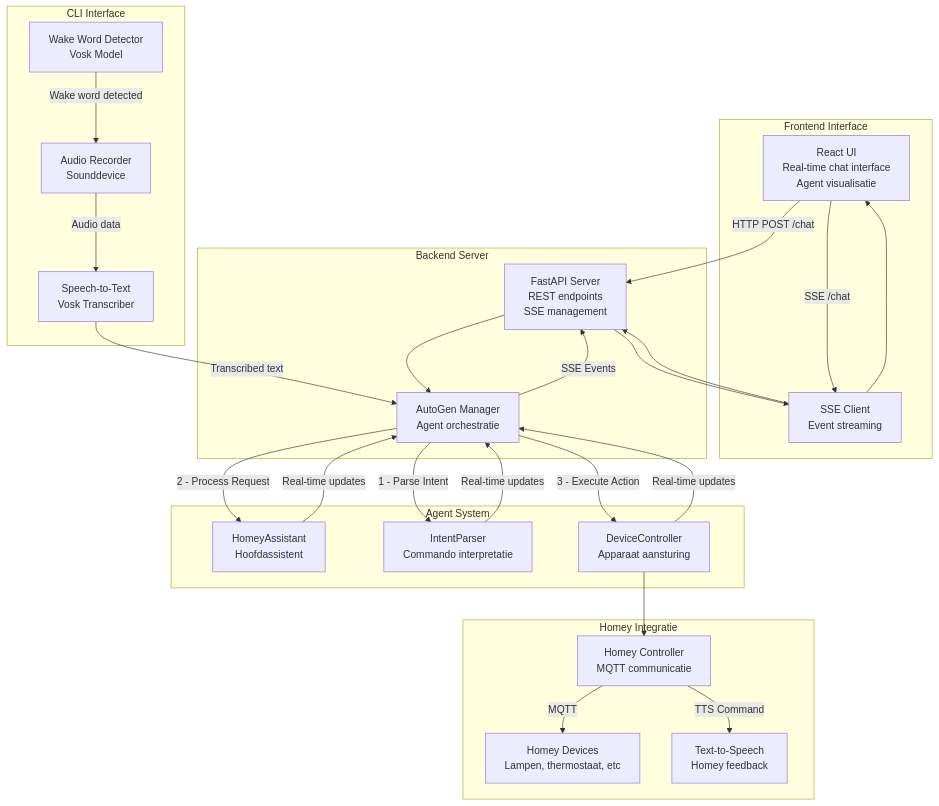
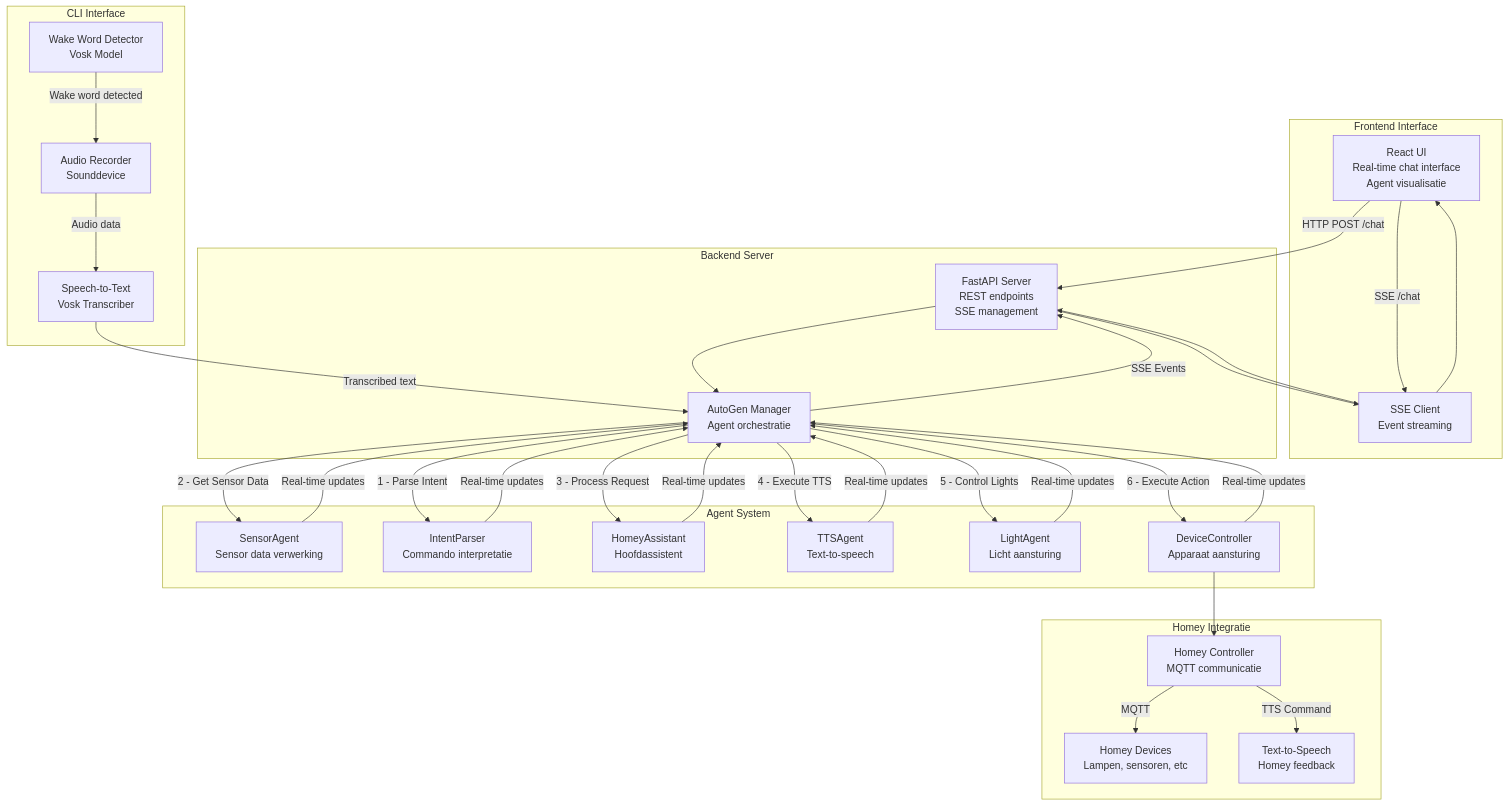
One commit to ramonankersmit/homeymind changed the diagram in README.md. Above: the diagram before and after it, drawn with Mermaid. The commit also changed other lines of this file and 19 other files, not shown here.

Commit message:
Update test files to match new agent implementations with structured data flow and improved error handling

````diff
--- a/README.md
+++ b/README.md
@@ -244,59 +247,68 @@
 ```mermaid
 graph TD
     subgraph Frontend["Frontend Interface"]
         UI["React UI<br>Real-time chat interface<br>Agent visualisatie"]
         SSE["SSE Client<br>Event streaming"]
     end
 
     subgraph CLI["CLI Interface"]
         WW["Wake Word Detector<br>Vosk Model"]
         REC["Audio Recorder<br>Sounddevice"]
         STT["Speech-to-Text<br>Vosk Transcriber"]
     end
 
     subgraph Backend["Backend Server"]
         API["FastAPI Server<br>REST endpoints<br>SSE management"]
         AGM["AutoGen Manager<br>Agent orchestratie"]
     end
 
     subgraph Agents["Agent System"]
+        SA["SensorAgent<br>Sensor data verwerking"]
+        IP["IntentParser<br>Commando interpretatie"]
         HA["HomeyAssistant<br>Hoofdassistent"]
-        IP["IntentParser<br>Commando interpretatie"]
+        TA["TTSAgent<br>Text-to-speech"]
+        LA["LightAgent<br>Licht aansturing"]
         DC["DeviceController<br>Apparaat aansturing"]
     end
 
     subgraph Homey["Homey Integratie"]
         HC["Homey Controller<br>MQTT communicatie"]
-        Devices["Homey Devices<br>Lampen, thermostaat, etc"]
+        Devices["Homey Devices<br>Lampen, sensoren, etc"]
         TTS["Text-to-Speech<br>Homey feedback"]
     end
 
     %% Web Interface Flow
     UI --> |HTTP POST /chat| API
     UI --> |SSE /chat| SSE
     SSE --> API
 
     %% CLI Voice Flow
     WW --> |Wake word detected| REC
     REC --> |Audio data| STT
     STT --> |Transcribed text| AGM
 
     %% Agent Flow
     API --> AGM
     AGM --> |1 - Parse Intent| IP
-    AGM --> |2 - Process Request| HA
-    AGM --> |3 - Execute Action| DC
+    AGM --> |2 - Get Sensor Data| SA
+    AGM --> |3 - Process Request| HA
+    AGM --> |4 - Execute TTS| TA
+    AGM --> |5 - Control Lights| LA
+    AGM --> |6 - Execute Action| DC
 
     %% Homey Integration
     DC --> HC
     HC --> |MQTT| Devices
     HC --> |TTS Command| TTS
 
     %% Real-time Updates
     IP --> |Real-time updates| AGM
+    SA --> |Real-time updates| AGM
     HA --> |Real-time updates| AGM
+    TA --> |Real-time updates| AGM
+    LA --> |Real-time updates| AGM
     DC --> |Real-time updates| AGM
     AGM --> |SSE Events| API
     API --> SSE
     SSE --> UI
 ```
````
